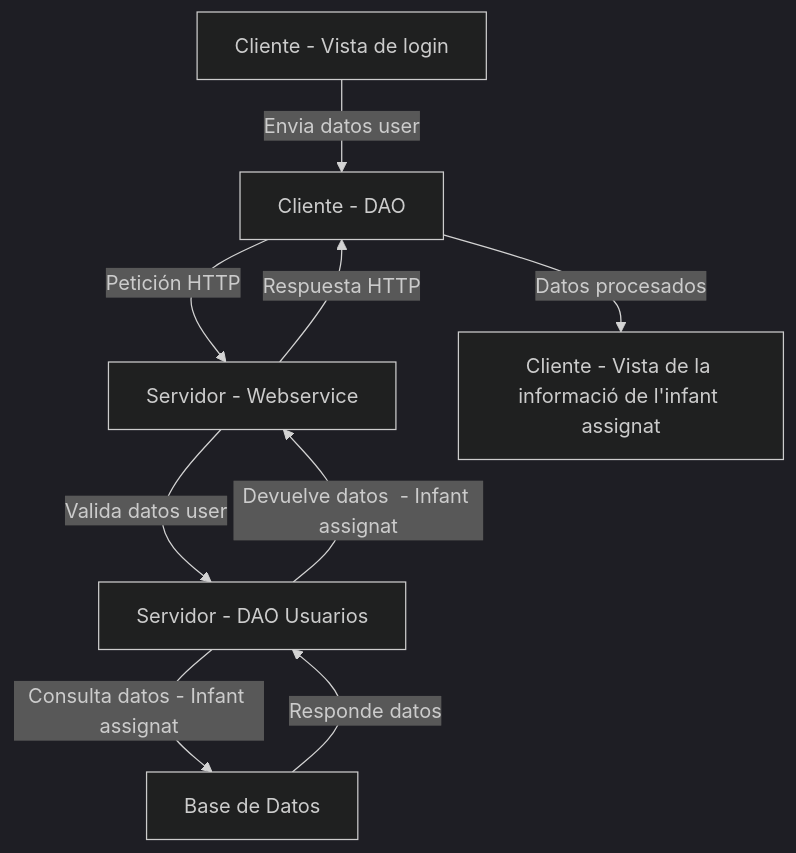
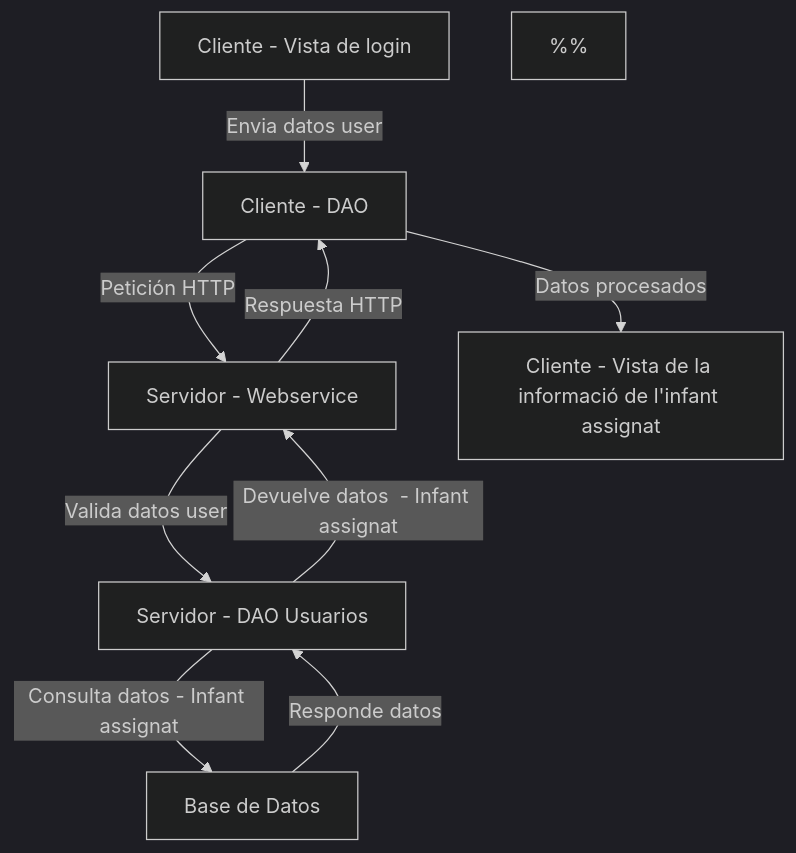
One commit to dnwits/TapatApp changed the diagram in charts/diagrama_de_fluxe.mermaid. Above: the diagram before and after it, drawn with Mermaid (dark theme).

```diff
--- a/charts/diagrama_de_fluxe.mermaid
+++ b/charts/diagrama_de_fluxe.mermaid
@@ -1,10 +1,10 @@
 flowchart TD
     A[Cliente - Vista de login] -->|Envia datos user| B[Cliente - DAO]
     B -->|Petición HTTP| C[Servidor - Webservice]
     C -->|Valida datos user| D[Servidor - DAO Usuarios]
     D -->|Consulta datos - Infant assignat| E[Base de Datos]
     E -->|Responde datos| D
     D -->|Devuelve datos  - Infant assignat| C
     C -->|Respuesta HTTP| B
     B -->|Datos procesados| F[Cliente - Vista de la informació de l'infant assignat]
-%%test
+%%
```
